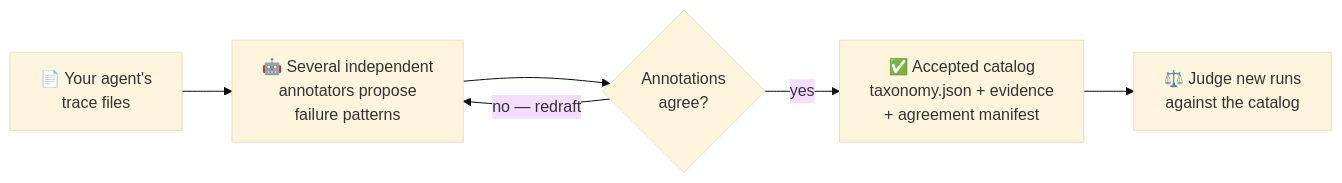
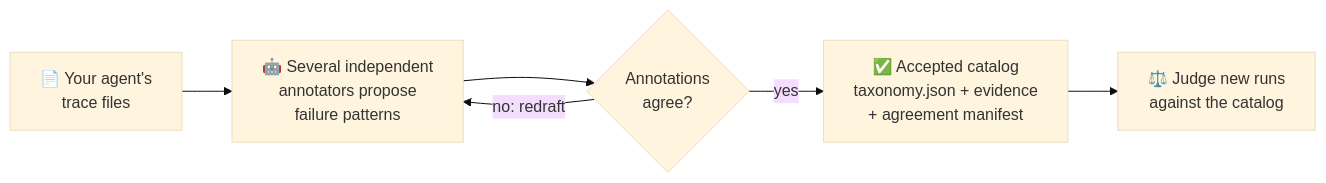
Before and after one commit to multi-agent-systems-failure-taxonomy/AdaMAST: the diagram in README.md, drawn with Mermaid (base theme). The commit also changed other lines of this file and 45 other files, not shown here.

````diff
--- a/README.md
+++ b/README.md
@@ -30,8 +30,8 @@
 ```mermaid
 flowchart LR
     A["📄 Your agent's<br/>trace files"] --> B["🤖 Several independent<br/>annotators propose<br/>failure patterns"]
     B --> C{"Annotations<br/>agree?"}
-    C -->|"no — redraft"| B
+    C -->|"no: redraft"| B
     C -->|yes| D["✅ Accepted catalog<br/>taxonomy.json + evidence<br/>+ agreement manifest"]
     D --> E["⚖️ Judge new runs<br/>against the catalog"]
 ```
````
